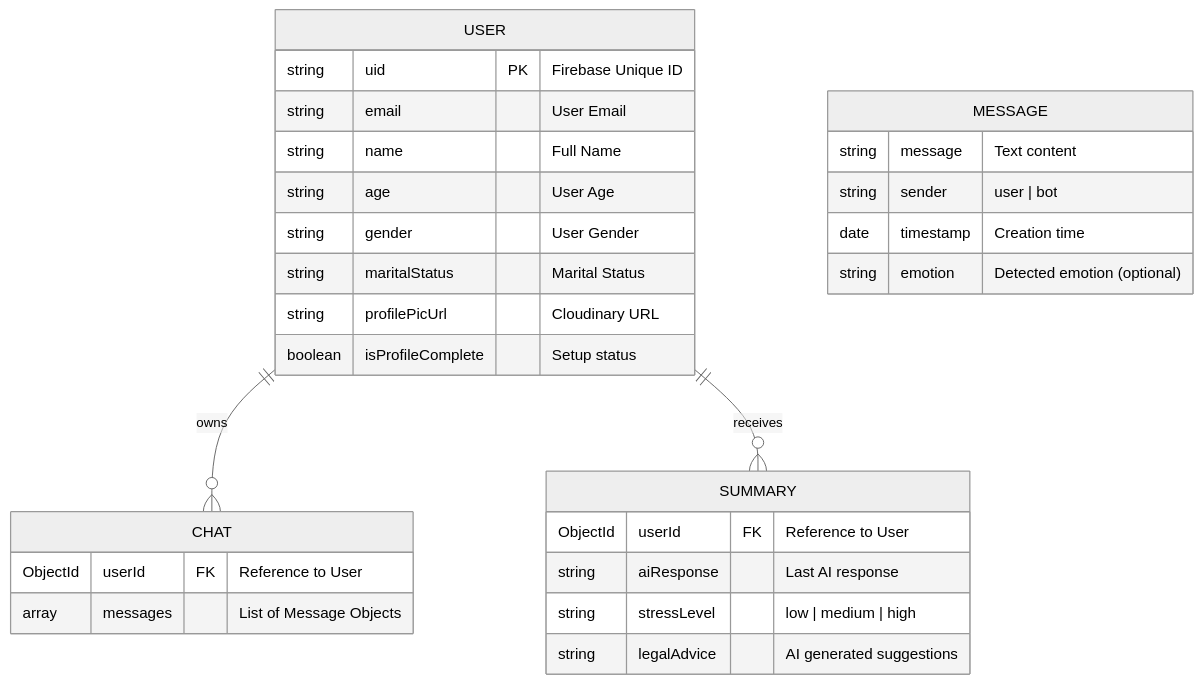
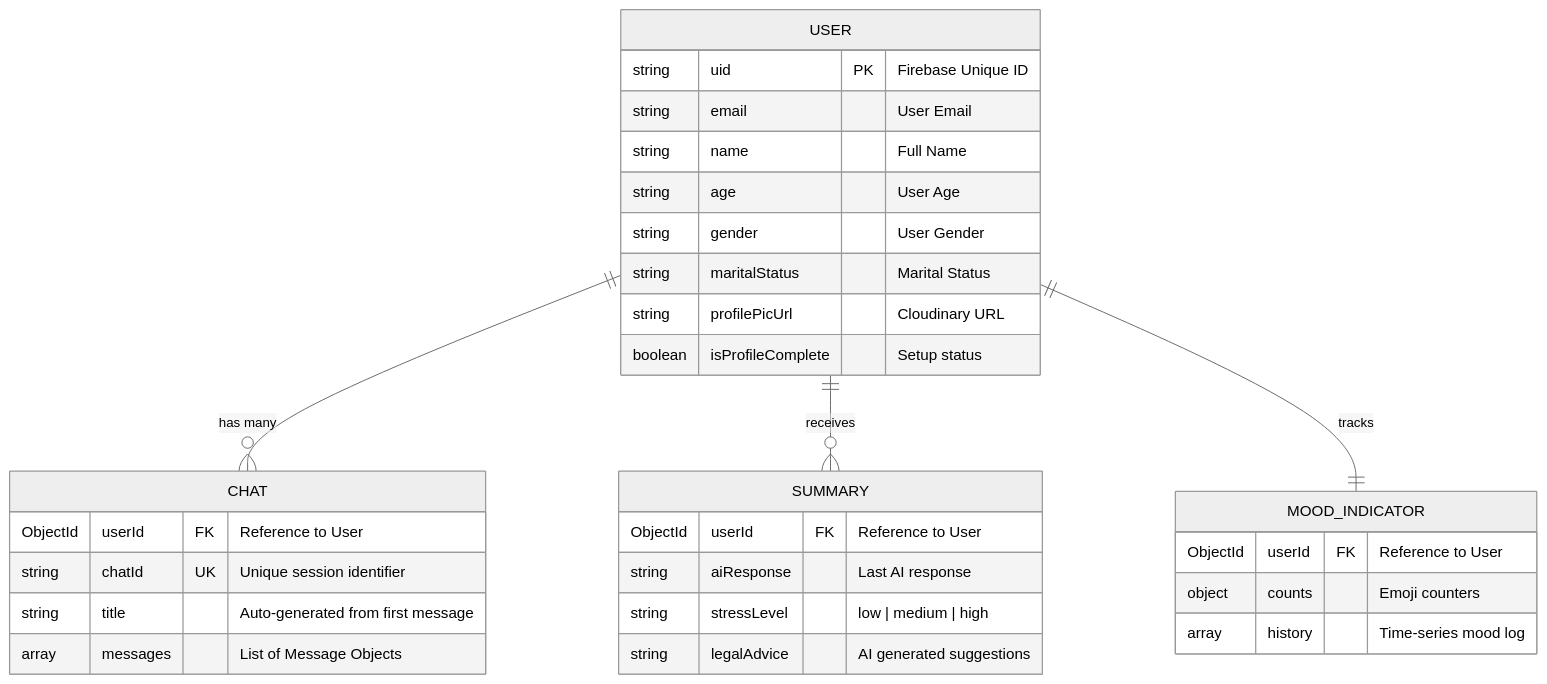
One commit to aryan87701/AegisAI changed the diagram in database.md. Above: the diagram before and after it, drawn with Mermaid (neutral theme). The commit also changed other lines of this file, not shown here.

Commit message:
added mood indicator level

````diff
--- a/database.md
+++ b/database.md
@@ -7,35 +7,37 @@
 ```mermaid
 erDiagram
-    USER ||--o{ CHAT : owns
+    USER ||--o{ CHAT : "has many"
     USER ||--o{ SUMMARY : receives
+    USER ||--|| MOOD_INDICATOR : tracks
     
     USER {
         string uid PK "Firebase Unique ID"
         string email "User Email"
         string name "Full Name"
         string age "User Age"
         string gender "User Gender"
         string maritalStatus "Marital Status"
         string profilePicUrl "Cloudinary URL"
         boolean isProfileComplete "Setup status"
     }
     
     CHAT {
         ObjectId userId FK "Reference to User"
+        string chatId UK "Unique session identifier"
+        string title "Auto-generated from first message"
         array messages "List of Message Objects"
     }
     
     SUMMARY {
         ObjectId userId FK "Reference to User"
         string aiResponse "Last AI response"
         string stressLevel "low | medium | high"
         string legalAdvice "AI generated suggestions"
     }
     
-    MESSAGE {
-        string message "Text content"
-        string sender "user | bot"
-        date timestamp "Creation time"
-        string emotion "Detected emotion (optional)"
+    MOOD_INDICATOR {
+        ObjectId userId FK "Reference to User"
+        object counts "Emoji counters"
+        array history "Time-series mood log"
     }
 ```
````
